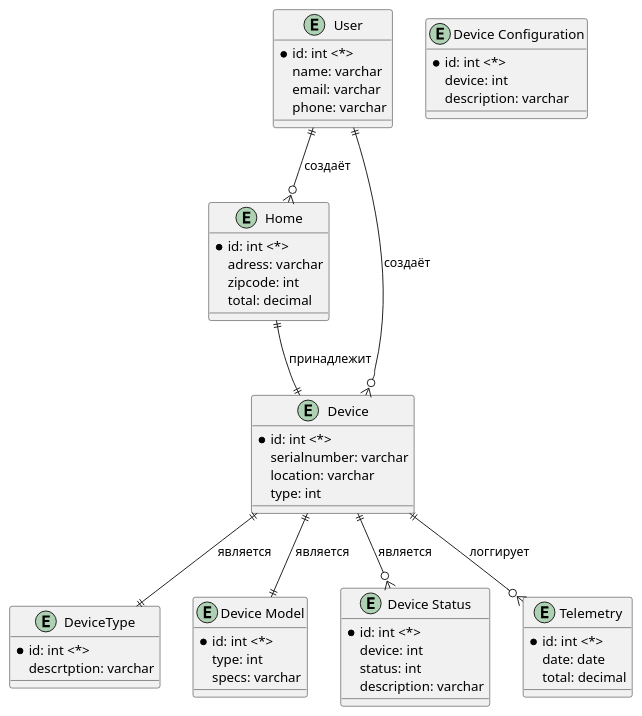
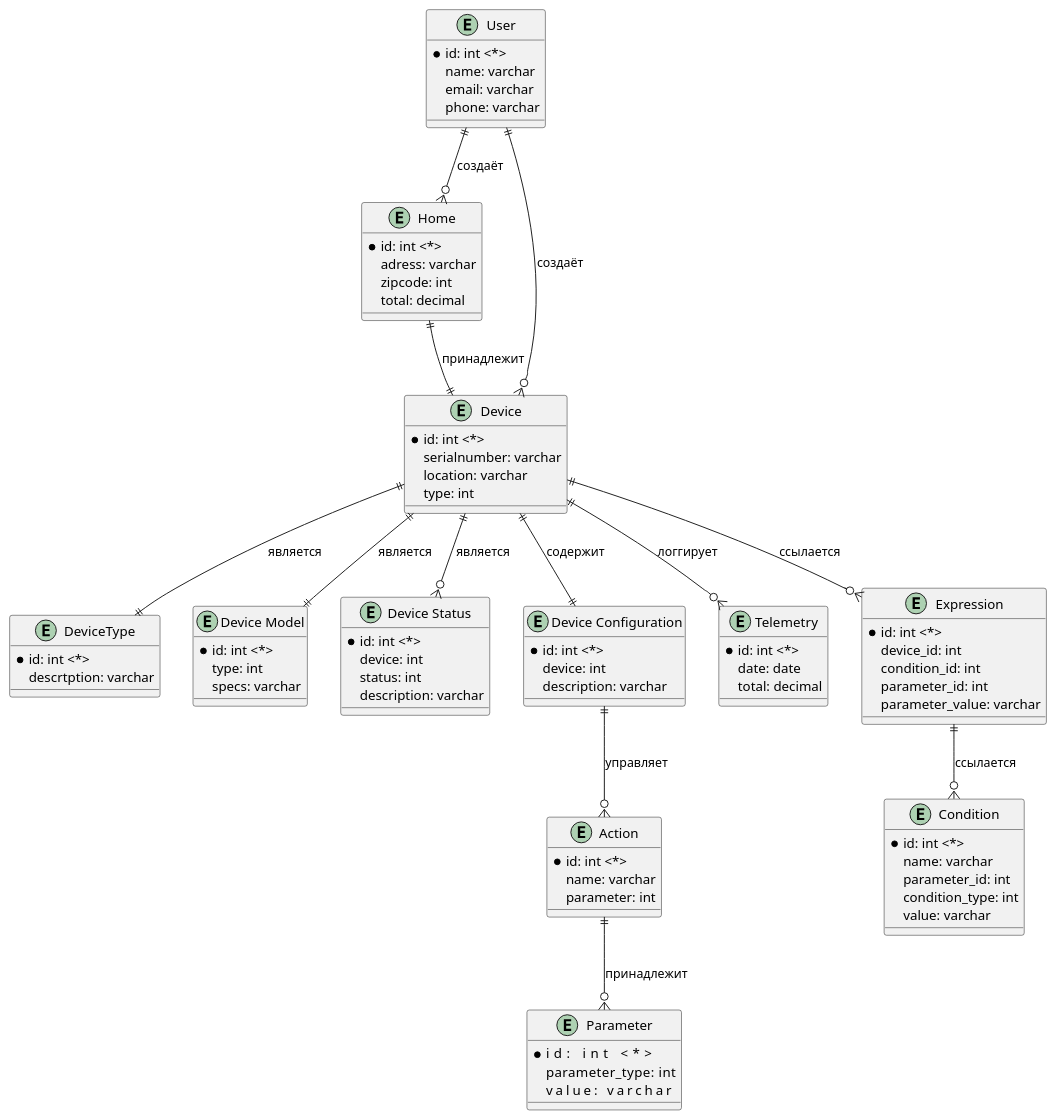
One commit to yailiaya/yp-architecture-warmhouse changed the diagram in apps/diagrams/_ToBe_Warmhouse_ER.puml. Above: the diagram before and after it, drawn with PlantUML.

Commit message:
Update ER diagramm

```diff
--- a/apps/diagrams/_ToBe_Warmhouse_ER.puml
+++ b/apps/diagrams/_ToBe_Warmhouse_ER.puml
@@ -1,64 +1,97 @@
 @startuml
 
 ' Entities
 entity "User" as user {
   *id: int <*>
   name: varchar
   email: varchar
   phone: varchar
 }
 
 entity "Home" as home {
   *id: int <*>
   adress: varchar
   zipcode: int
   total: decimal
 }
 
 entity "Device" as device {
   *id: int <*>
   serialnumber: varchar
   location: varchar
   type: int
 }
 
 entity "DeviceType" as device_type {
   *id: int <*>
   descrtption: varchar
 }
 
 entity "Device Model" as device_model {
   *id: int <*>
   type: int
   specs: varchar
 }
 
 entity "Device Status" as device_status {
   *id: int <*>
   device: int
   status: int
   description: varchar
 }
 
 entity "Device Configuration" as device_configuration {
   *id: int <*>
   device: int
   description: varchar
 }
 
 entity "Telemetry" as telemetry_record {
   *id: int <*>
   date: date
   total: decimal
 }
 
+entity "Parameter" as parameter {
+  *id:              int <*>
+  parameter_type:   int
+  value:            varchar
+}
+
+entity "Action" as action {
+  *id: int <*>
+  name: varchar
+  parameter: int
+}
+
+entity "Expression" as expression {
+  *id: int <*>
+  device_id: int
+  condition_id: int
+  parameter_id: int
+  parameter_value: varchar
+}
+
+entity "Condition" as condition {
+  *id: int <*>
+  name: varchar
+  parameter_id: int
+  condition_type: int
+  value: varchar
+}
+
 ' Relations
 user ||--o{ home : "создаёт"
 user ||--o{ device : "создаёт"
 home ||--|| device : "принадлежит"
 device ||--|| device_type : "является"
 device ||--|| device_model : "является"
 device ||--o{ device_status : "является"
 device ||--o{ telemetry_record : "логгирует"
+device ||--|| device_configuration : "содержит"
+device_configuration ||--o{ action : "управляет"
+action ||--o{ parameter : "принадлежит"
+device ||--o{ expression : "ссылается"
+expression ||--o{ condition : "ссылается"
 
 @enduml
```
